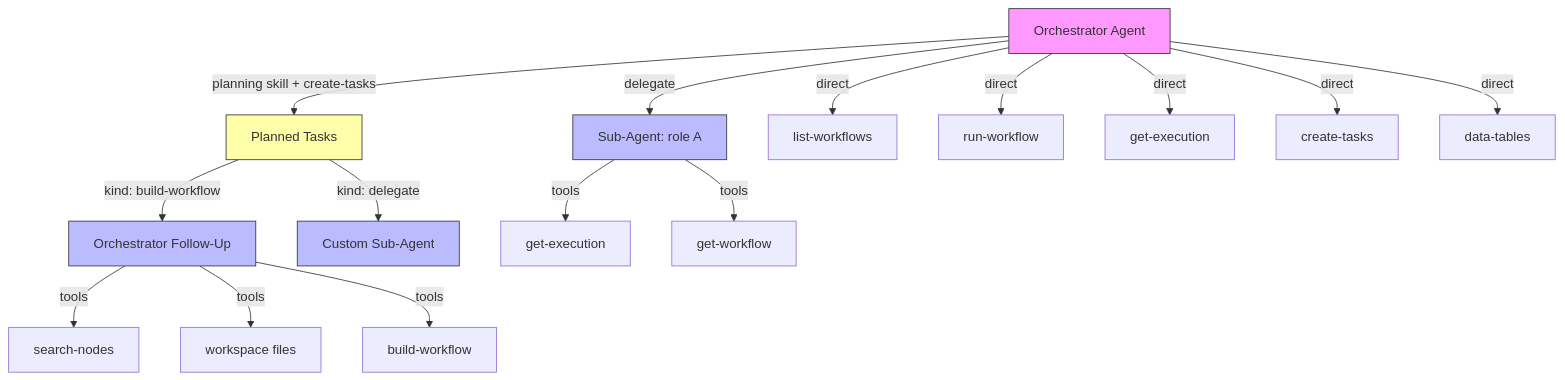
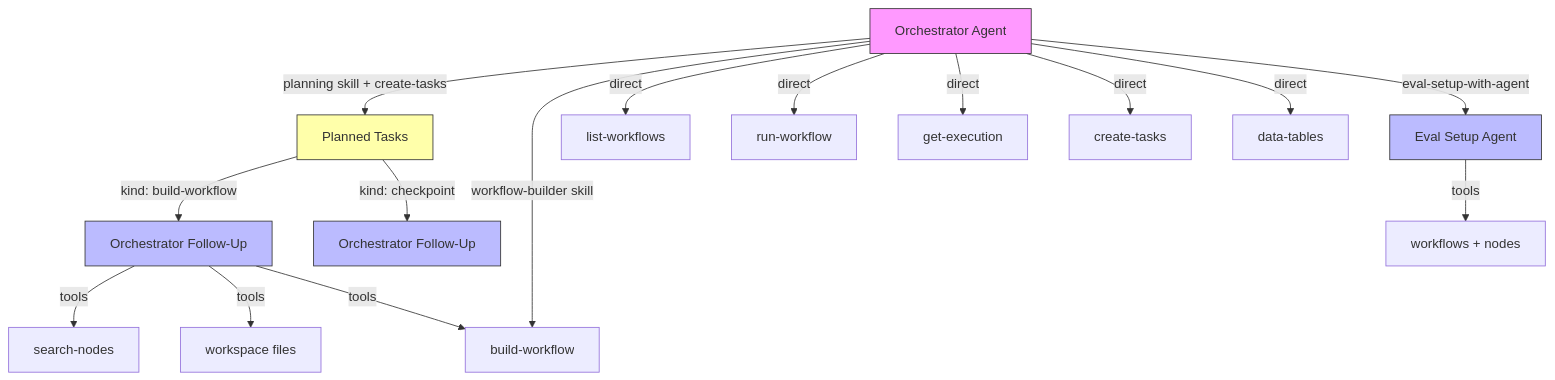
The second of 2 diagrams in packages/@n8n/instance-ai/docs/architecture.md (ggrace519/n8n), drawn with Mermaid before and after one commit. The commit also changed other lines of this file and 73 other files, not shown here.

````diff
--- a/packages/@n8n/instance-ai/docs/architecture.md
+++ b/packages/@n8n/instance-ai/docs/architecture.md
@@ -135,25 +133,25 @@
 ```mermaid
 graph TD
-    O[Orchestrator Agent] -->|delegate| S1[Sub-Agent: role A]
-    O -->|planning skill + create-tasks| S3[Planned Tasks]
+    O[Orchestrator Agent] -->|planning skill + create-tasks| S3[Planned Tasks]
+    O -->|workflow-builder skill| T10[build-workflow]
     O -->|direct| T1[list-workflows]
     O -->|direct| T2[run-workflow]
     O -->|direct| T3[get-execution]
     O -->|direct| T4[create-tasks]
     O -->|direct| T5[data-tables]
+    O -->|eval-setup-with-agent| S5[Eval Setup Agent]
 
     S3 -->|kind: build-workflow| S4[Orchestrator Follow-Up]
-    S3 -->|kind: delegate| S7[Custom Sub-Agent]
+    S3 -->|kind: checkpoint| S6[Orchestrator Follow-Up]
 
-    S1 -->|tools| T6[get-execution]
-    S1 -->|tools| T7[get-workflow]
     S4 -->|tools| T8[search-nodes]
     S4 -->|tools| T9[workspace files]
-    S4 -->|tools| T10[build-workflow]
+    S4 -->|tools| T10
+    S5 -->|tools| T11[workflows + nodes]
 
     style O fill:#f9f,stroke:#333
-    style S1 fill:#bbf,stroke:#333
     style S3 fill:#ffa,stroke:#333
     style S4 fill:#bbf,stroke:#333
-    style S7 fill:#bbf,stroke:#333
+    style S5 fill:#bbf,stroke:#333
+    style S6 fill:#bbf,stroke:#333
 ```
````
